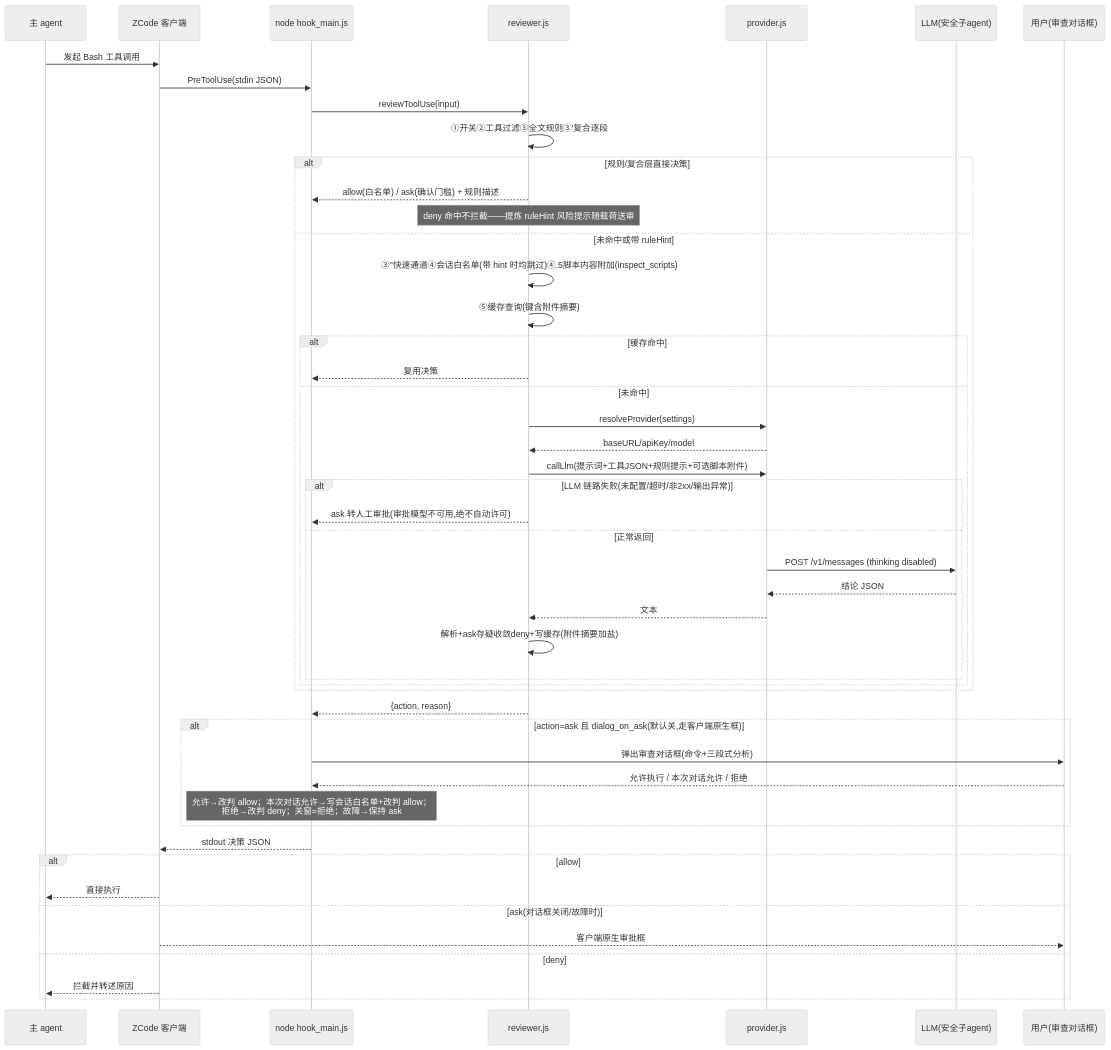
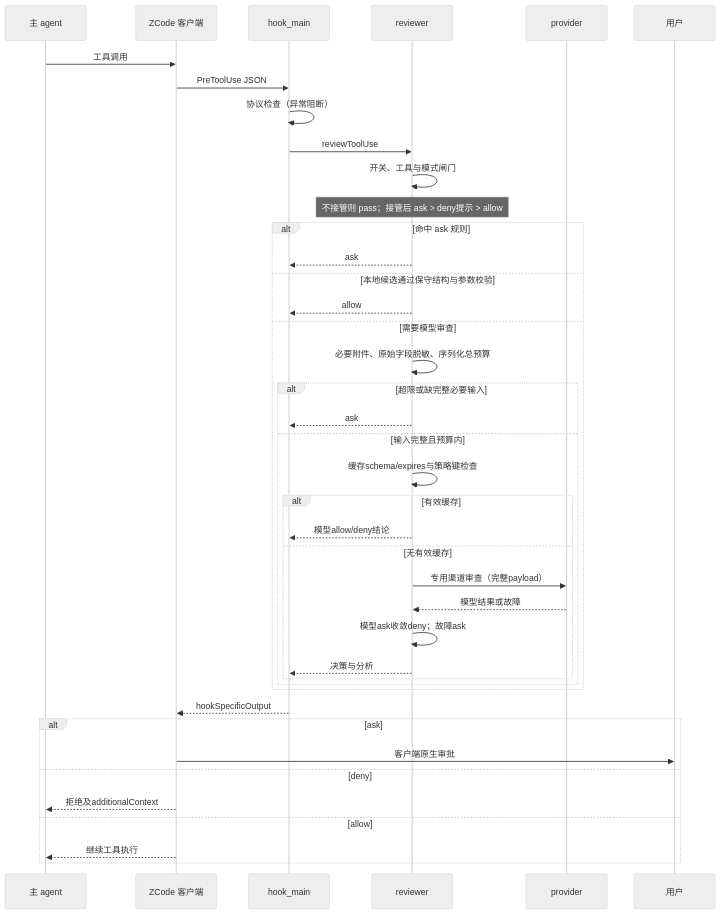
Before and after one commit to cy-2-u/zhao: the first of 3 diagrams in docs/project_wiki/02_开发文档/模块运行流程图.md, drawn with Mermaid (neutral theme). The commit also changed other lines of this file and 25 other files, not shown here.

Commit message:
0.5.1 安全修复：快速通道参数门禁收紧、危险规则优先级 ask>deny>allow、载荷递归脱敏、单一载荷预算、附件敏感路径与完整性拦截、缓存严格校验、CLI 校验与写失败处理；测试与文档同步

````diff
--- a/docs/project_wiki/02_开发文档/模块运行流程图.md
+++ b/docs/project_wiki/02_开发文档/模块运行流程图.md
@@ -5,51 +5,43 @@
 ```mermaid
 sequenceDiagram
     participant M as 主 agent
     participant Z as ZCode 客户端
-    participant H as node hook_main.js
-    participant R as reviewer.js
-    participant P as provider.js
-    participant L as LLM(安全子agent)
-    participant U as 用户(审查对话框)
-
-    M->>Z: 发起 Bash 工具调用
-    Z->>H: PreToolUse(stdin JSON)
-    H->>R: reviewToolUse(input)
-    R->>R: ①开关②工具过滤③全文规则③'复合逐段
-    alt 规则/复合层直接决策
-        R-->>H: allow(白名单) / ask(确认门槛) + 规则描述
-        Note over R: deny 命中不拦截——提炼 ruleHint 风险提示随载荷送审
-    else 未命中或带 ruleHint
-        R->>R: ③''快速通道④会话白名单(带 hint 时均跳过)④.5脚本内容附加(inspect_scripts)
-        R->>R: ⑤缓存查询(键含附件摘要)
-        alt 缓存命中
-            R-->>H: 复用决策
-        else 未命中
-            R->>P: resolveProvider(settings)
-            P-->>R: baseURL/apiKey/model
-            R->>P: callLlm(提示词+工具JSON+规则提示+可选脚本附件)
-            alt LLM 链路失败(未配置/超时/非2xx/输出异常)
-                R-->>H: ask 转人工审批(审批模型不可用,绝不自动许可)
-            else 正常返回
-                P->>L: POST /v1/messages (thinking disabled)
-                L-->>P: 结论 JSON
-                P-->>R: 文本
-                R->>R: 解析+ask存疑收敛deny+写缓存(附件摘要加盐)
+    participant H as hook_main
+    participant R as reviewer
+    participant P as provider
+    participant U as 用户
+    M->>Z: 工具调用
+    Z->>H: PreToolUse JSON
+    H->>H: 协议检查（异常阻断）
+    H->>R: reviewToolUse
+    R->>R: 开关、工具与模式闸门
+    Note over R: 不接管则 pass；接管后 ask > deny提示 > allow
+    alt 命中 ask 规则
+        R-->>H: ask
+    else 本地候选通过保守结构与参数校验
+        R-->>H: allow
+    else 需要模型审查
+        R->>R: 必要附件、原始字段脱敏、序列化总预算
+        alt 超限或缺完整必要输入
+            R-->>H: ask
+        else 输入完整且预算内
+            R->>R: 缓存schema/expires与策略键检查
+            alt 有效缓存
+                R-->>H: 模型allow/deny结论
+            else 无有效缓存
+                R->>P: 专用渠道审查（完整payload）
+                P-->>R: 模型结果或故障
+                R->>R: 模型ask收敛deny；故障ask
+                R-->>H: 决策与分析
             end
         end
     end
-    R-->>H: {action, reason}
-    alt action=ask 且 dialog_on_ask(默认关,走客户端原生框)
-        H->>U: 弹出审查对话框(命令+三段式分析)
-        U-->>H: 允许执行 / 本次对话允许 / 拒绝
-        Note over H: 允许→改判 allow；本次对话允许→写会话白名单+改判 allow；<br/>拒绝→改判 deny；关窗=拒绝；故障→保持 ask
-    end
-    H-->>Z: stdout 决策 JSON
-    alt allow
-        Z-->>M: 直接执行
-    else ask(对话框关闭/故障时)
-        Z-->>U: 客户端原生审批框
+    H-->>Z: hookSpecificOutput
+    alt ask
+        Z->>U: 客户端原生审批
     else deny
-        Z-->>M: 拦截并转述原因
+        Z-->>M: 拒绝及additionalContext
+    else allow
+        Z-->>M: 继续工具执行
     end
 ```
````
